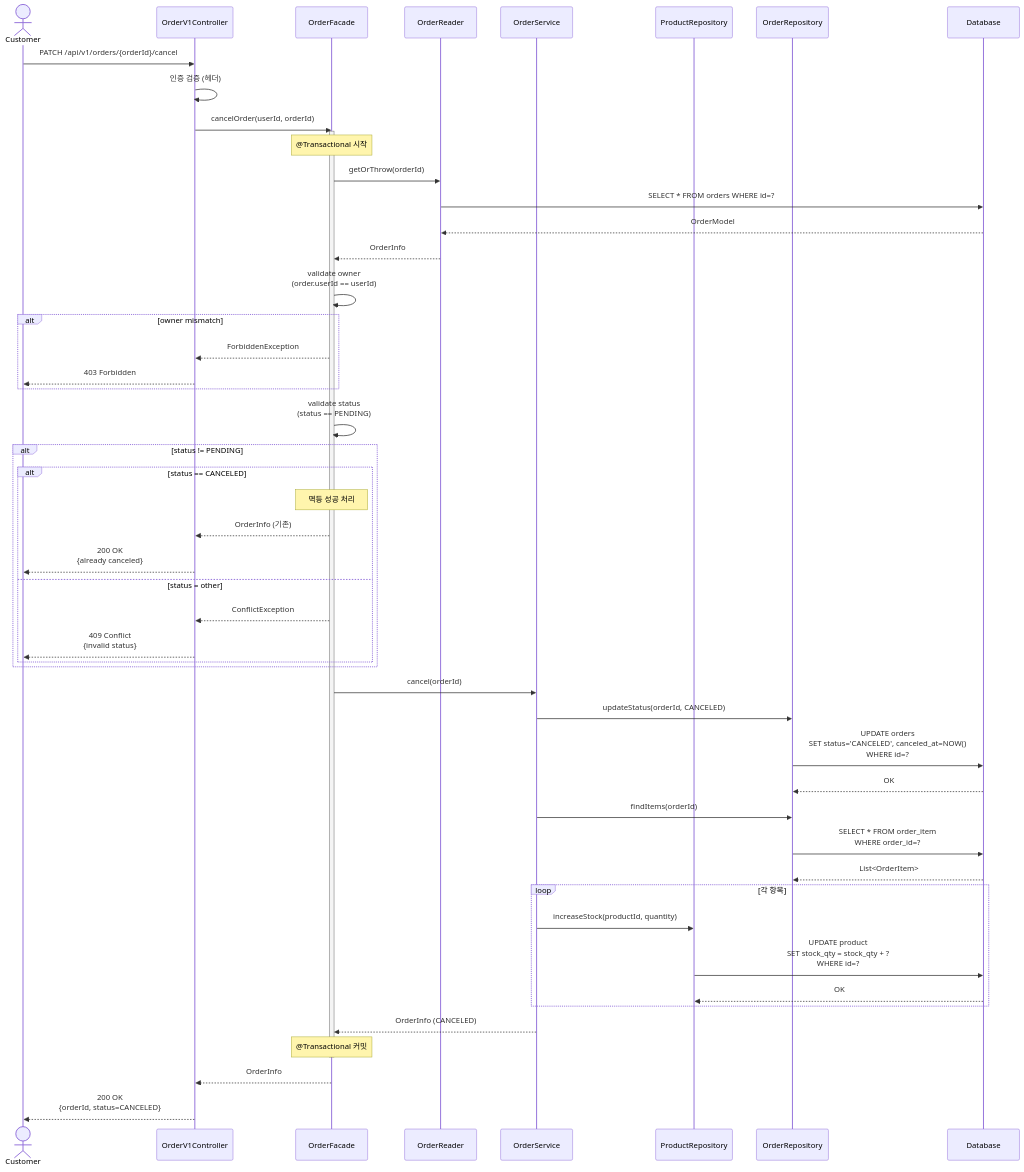
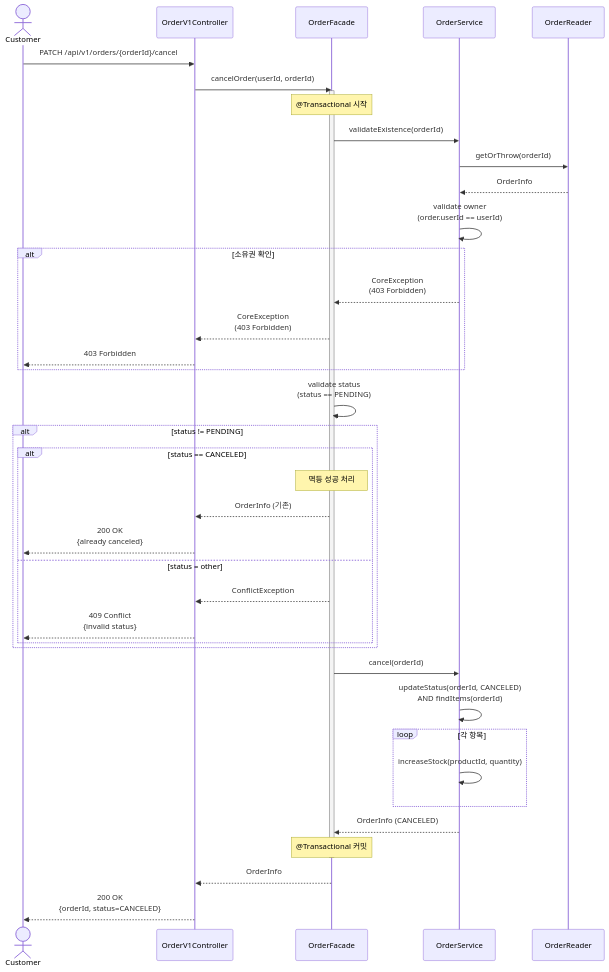
The second of 5 diagrams in docs/design/02-sequence-diagrams.md (YoHanKi/loop-pack-be-l2-vol3-java), drawn with Mermaid before and after one commit. The commit also changed other lines of this file, not shown here.

Commit message:
docs(sequence-diagrams): 시퀀스 다이어그램을 명확하게 변경, 불필요한 플로우 삭제.

````diff
--- a/docs/design/02-sequence-diagrams.md
+++ b/docs/design/02-sequence-diagrams.md
@@ -111,70 +87,57 @@
 ```mermaid
 sequenceDiagram
     actor Customer
     participant Controller as OrderV1Controller
     participant Facade as OrderFacade
+    participant OrderService as OrderService
     participant OrderReader as OrderReader
-    participant OrderService as OrderService
-    participant ProductRepo as ProductRepository
-    participant OrderRepo as OrderRepository
-    participant DB as Database
 
     Customer->>Controller: PATCH /api/v1/orders/{orderId}/cancel
-    Controller->>Controller: 인증 검증 (헤더)
     Controller->>Facade: cancelOrder(userId, orderId)
 
     activate Facade
     Note over Facade: @Transactional 시작
 
     %% 주문 조회
-    Facade->>OrderReader: getOrThrow(orderId)
-    OrderReader->>DB: SELECT * FROM orders WHERE id=?
-    DB-->>OrderReader: OrderModel
-    OrderReader-->>Facade: OrderInfo
+    Facade->>OrderService: validateExistence(orderId)
+    OrderService->>OrderReader: getOrThrow(orderId)
+    OrderReader-->>OrderService: OrderInfo
 
     %% 소유권 확인
-    Facade->>Facade: validate owner<br/>(order.userId == userId)
-    alt owner mismatch
-        Facade-->>Controller: ForbiddenException
+    OrderService->>OrderService: validate owner<br/>(order.userId == userId)
+    alt 소유권 확인
+        OrderService-->>Facade: CoreException<br/>(403 Forbidden)
+        Facade-->>Controller: CoreException<br/>(403 Forbidden)
         Controller-->>Customer: 403 Forbidden
     end
 
     %% 상태 확인
     Facade->>Facade: validate status<br/>(status == PENDING)
     alt status != PENDING
         alt status == CANCELED
             Note over Facade: 멱등 성공 처리
             Facade-->>Controller: OrderInfo (기존)
             Controller-->>Customer: 200 OK<br/>{already canceled}
         else status = other
             Facade-->>Controller: ConflictException
             Controller-->>Customer: 409 Conflict<br/>{invalid status}
         end
     end
 
     %% 상태 전이
     Facade->>OrderService: cancel(orderId)
-    OrderService->>OrderRepo: updateStatus(orderId, CANCELED)
-    OrderRepo->>DB: UPDATE orders<br/>SET status='CANCELED', canceled_at=NOW()<br/>WHERE id=?
-    DB-->>OrderRepo: OK
-
-    %% 주문 항목 조회
-    OrderService->>OrderRepo: findItems(orderId)
-    OrderRepo->>DB: SELECT * FROM order_item<br/>WHERE order_id=?
-    DB-->>OrderRepo: List<OrderItem>
+    OrderService->>OrderService: updateStatus(orderId, CANCELED)<br/>AND findItems(orderId)
 
     %% 재고 복구
     loop 각 항목
-        OrderService->>ProductRepo: increaseStock(productId, quantity)
-        ProductRepo->>DB: UPDATE product<br/>SET stock_qty = stock_qty + ?<br/>WHERE id=?
-        DB-->>ProductRepo: OK
+        OrderService->>OrderService: increaseStock(productId, quantity)
     end
 
     OrderService-->>Facade: OrderInfo (CANCELED)
 
     Note over Facade: @Transactional 커밋
     deactivate Facade
 
     Facade-->>Controller: OrderInfo
     Controller-->>Customer: 200 OK<br/>{orderId, status=CANCELED}
 ```
````
